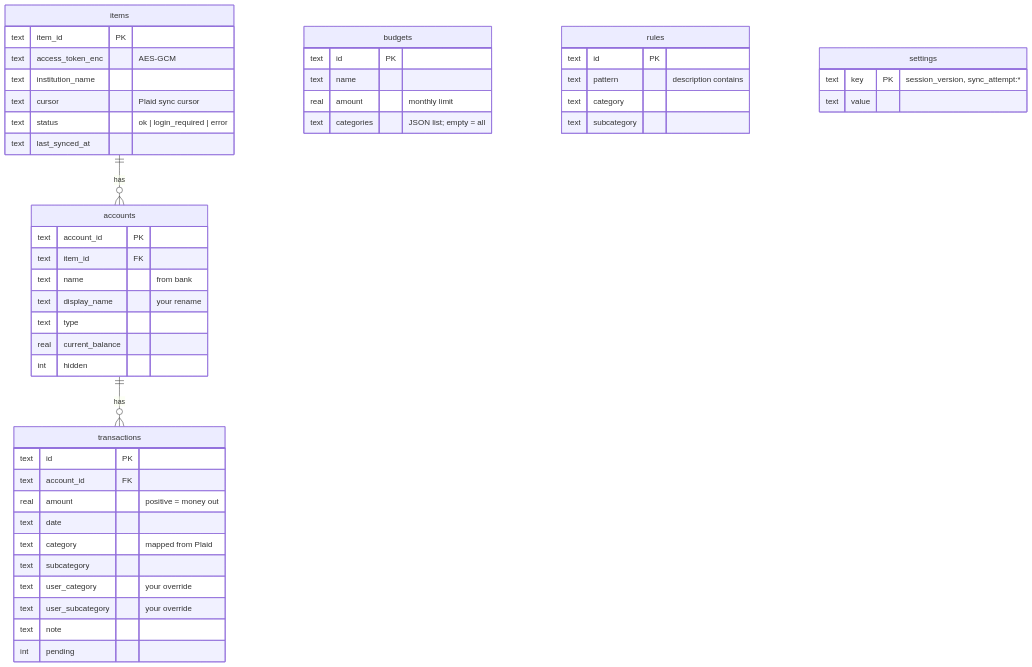
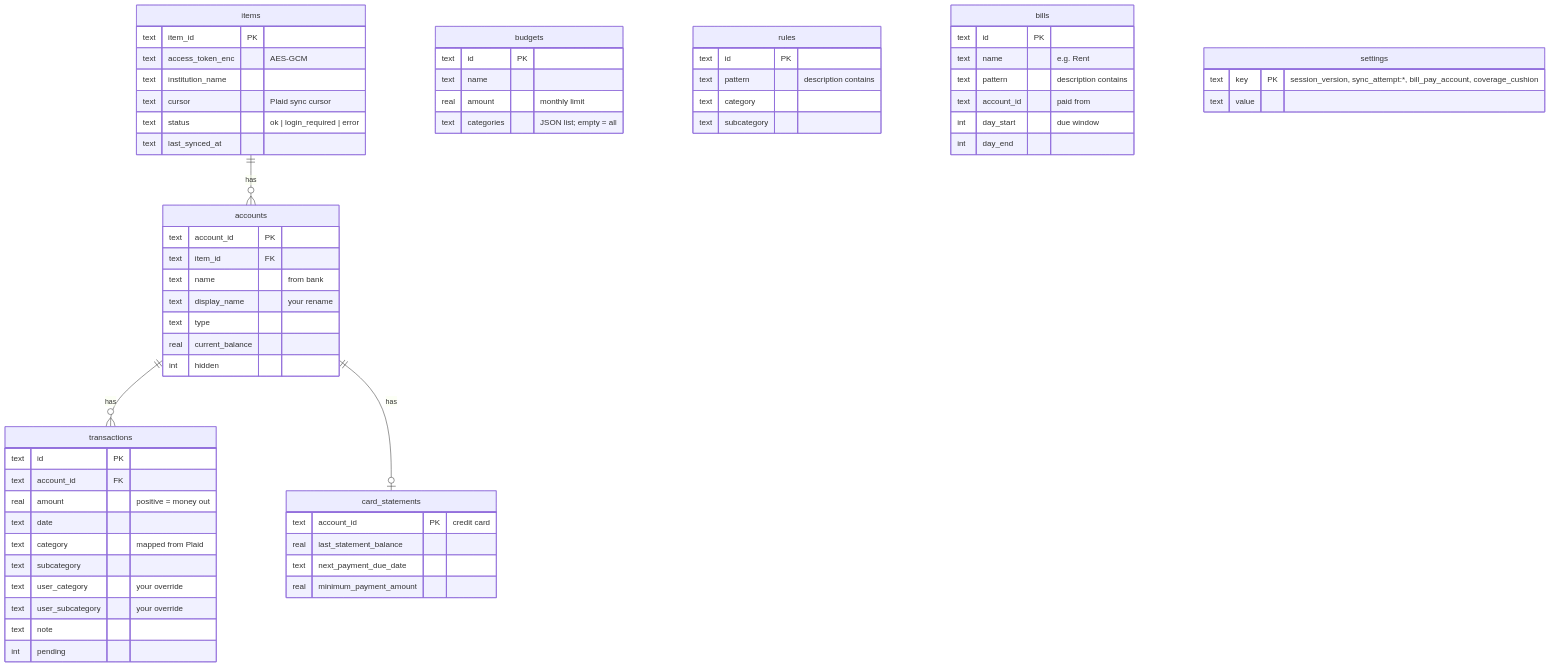
Before and after one commit to Paksh2909/Budget-Webapp: the fourth of 4 diagrams in docs/ARCHITECTURE.md, drawn with Mermaid. The commit also changed other lines of this file and 23 other files, not shown here.

Commit message:
Bill coverage, card statements, tracked bills, adaptive recurring, forecast details, tappable pie chart

````diff
--- a/docs/ARCHITECTURE.md
+++ b/docs/ARCHITECTURE.md
@@ -102,50 +103,65 @@
 ```mermaid
 erDiagram
     items ||--o{ accounts : has
     accounts ||--o{ transactions : has
+    accounts ||--o| card_statements : has
     items {
         text item_id PK
         text access_token_enc "AES-GCM"
         text institution_name
         text cursor "Plaid sync cursor"
         text status "ok | login_required | error"
         text last_synced_at
     }
     accounts {
         text account_id PK
         text item_id FK
         text name "from bank"
         text display_name "your rename"
         text type
         real current_balance
         int hidden
     }
     transactions {
         text id PK
         text account_id FK
         real amount "positive = money out"
         text date
         text category "mapped from Plaid"
         text subcategory
         text user_category "your override"
         text user_subcategory "your override"
         text note
         int pending
     }
     budgets {
         text id PK
         text name
         real amount "monthly limit"
         text categories "JSON list; empty = all"
     }
     rules {
         text id PK
         text pattern "description contains"
         text category
         text subcategory
     }
+    card_statements {
+        text account_id PK "credit card"
+        real last_statement_balance
+        text next_payment_due_date
+        real minimum_payment_amount
+    }
+    bills {
+        text id PK
+        text name "e.g. Rent"
+        text pattern "description contains"
+        text account_id "paid from"
+        int day_start "due window"
+        int day_end
+    }
     settings {
-        text key PK "session_version, sync_attempt:*"
+        text key PK "session_version, sync_attempt:*, bill_pay_account, coverage_cushion"
         text value
     }
 ```
````
